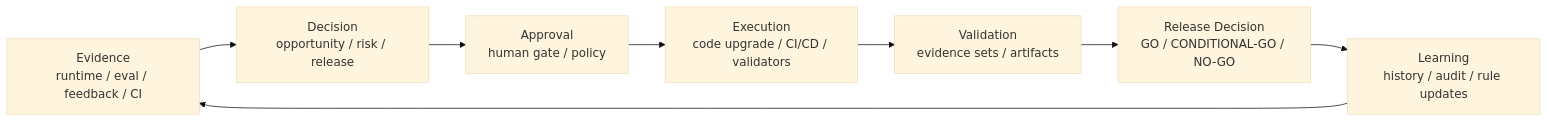
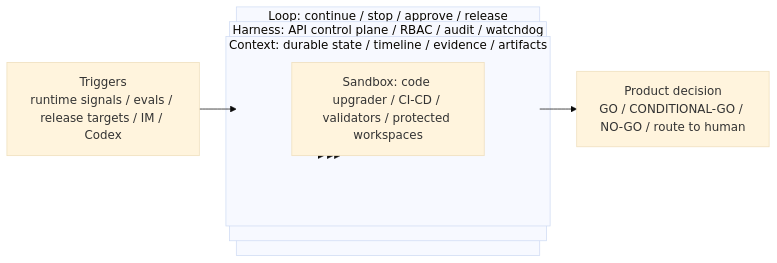
The diagram in README.md (yeliang-wang/evopilot), drawn with Mermaid (base theme) before and after one commit. The commit also changed other lines of this file and 3 other files, not shown here.

````diff
--- a/README.md
+++ b/README.md
@@ -55,13 +54,16 @@
 ```mermaid
 flowchart LR
-  Evidence["Evidence\nruntime / eval / feedback / CI"]
-  Decision["Decision\nopportunity / risk / release"]
-  Approval["Approval\nhuman gate / policy"]
-  Execution["Execution\ncode upgrade / CI/CD / validators"]
-  Validation["Validation\nevidence sets / artifacts"]
-  Release["Release Decision\nGO / CONDITIONAL-GO / NO-GO"]
-  Learning["Learning\nhistory / audit / rule updates"]
+  subgraph Loop["Loop: continue / stop / approve / release"]
+    subgraph Harness["Harness: API control plane / RBAC / audit / watchdog"]
+      subgraph Context["Context: durable state / timeline / evidence / artifacts"]
+        Sandbox["Sandbox: code upgrader / CI-CD / validators / protected workspaces"]
+      end
+    end
+  end
 
-  Evidence --> Decision --> Approval --> Execution --> Validation --> Release --> Learning
-  Learning --> Evidence
+  Triggers["Triggers\nruntime signals / evals / release targets / IM / Codex"] --> Loop
+  Sandbox --> Context
+  Context --> Harness
+  Harness --> Loop
+  Loop --> Decision["Product decision\nGO / CONDITIONAL-GO / NO-GO / route to human"]
 ```
````
